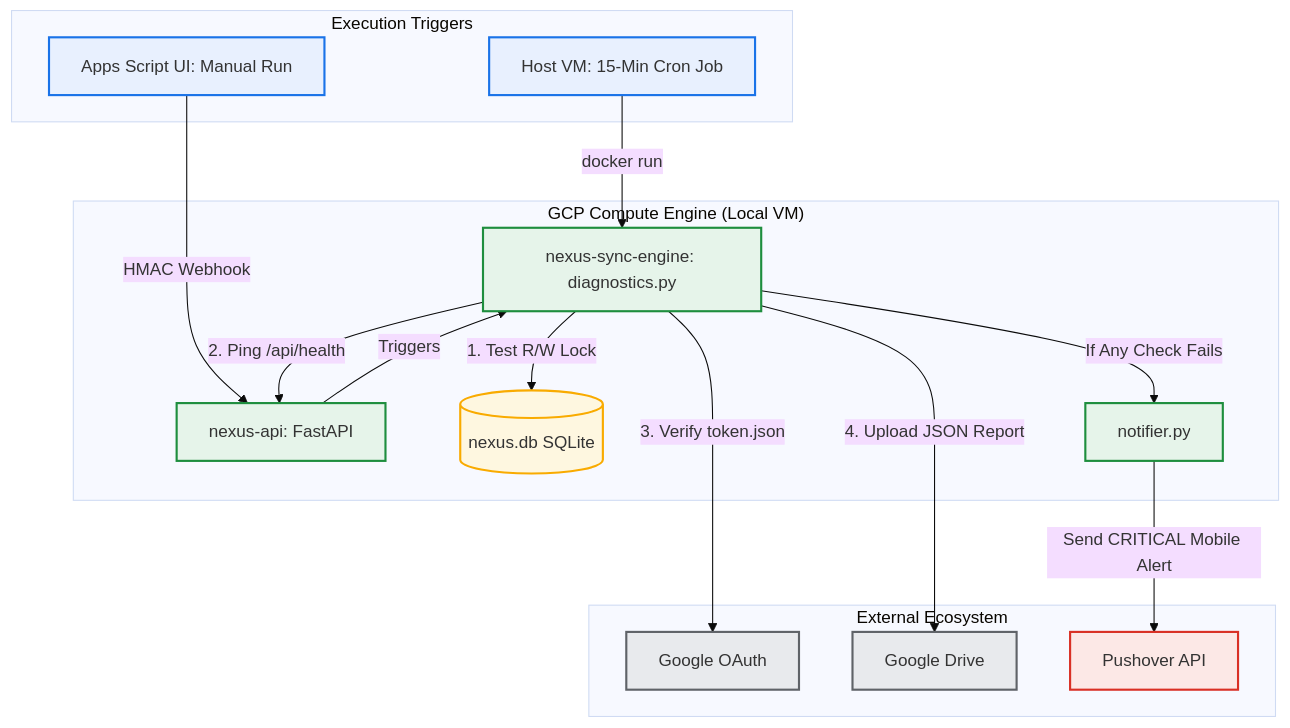
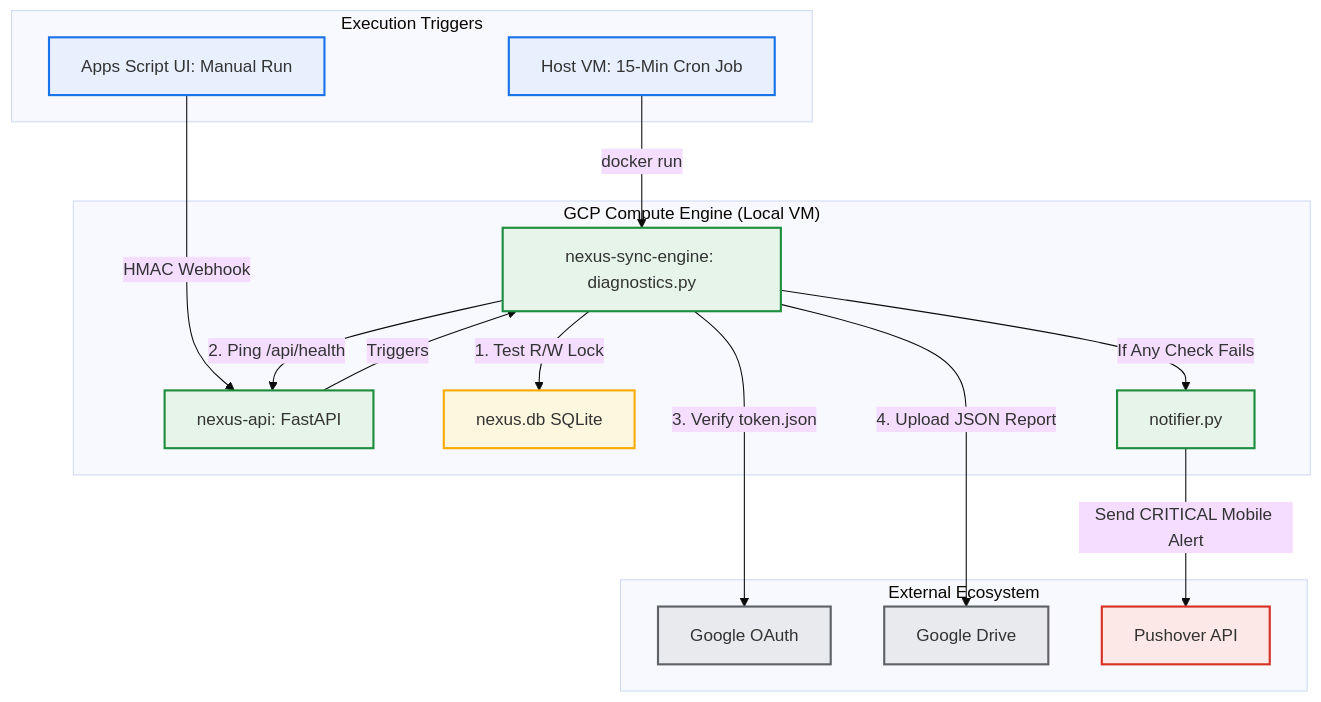
One commit to FrankXLT/Nexus-Hub-for-Google changed the seventh of 8 diagrams in README.md. Above: the diagram before and after it, drawn with Mermaid (base theme). The commit also changed other lines of this file and 11 other files, not shown here.

````diff
--- a/README.md
+++ b/README.md
@@ -475,43 +565,43 @@
 ```mermaid
 flowchart TB
     classDef appsScript fill:#e8f0fe,stroke:#1a73e8,stroke-width:2px;
     classDef gcp fill:#e6f4ea,stroke:#1e8e3e,stroke-width:2px;
     classDef database fill:#fef7e0,stroke:#f9ab00,stroke-width:2px;
     classDef googleApi fill:#e8eaed,stroke:#5f6368,stroke-width:2px;
     classDef external fill:#fce8e6,stroke:#d93025,stroke-width:2px;
 
     subgraph Execution Triggers
         Cron[Host VM: 15-Min Cron Job]
         UI[Apps Script UI: Manual Run]
     end
     class Cron,UI appsScript
 
     subgraph "GCP Compute Engine (Local VM)"
         WH[nexus-api: FastAPI]
         Diag[nexus-sync-engine: diagnostics.py]
-        DB[(nexus.db SQLite)]
+        DB[nexus.db SQLite]
         Notif[notifier.py]
 
         UI -- "HMAC Webhook" --> WH
         WH -- "Triggers" --> Diag
         Cron -- "docker run" --> Diag
 
         Diag -- "1. Test R/W Lock" --> DB
         Diag -- "2. Ping /api/health" --> WH
         Diag -- "If Any Check Fails" --> Notif
     end
     class WH,Diag,Notif gcp
     class DB database
 
     subgraph External Ecosystem
         Auth[Google OAuth]
         Drive[Google Drive]
         Push[Pushover API]
 
         Diag -- "3. Verify token.json" --> Auth
         Diag -- "4. Upload JSON Report" --> Drive
         Notif -- "Send CRITICAL Mobile Alert" --> Push
     end
     class Auth,Drive googleApi
     class Push external
 ```
````
